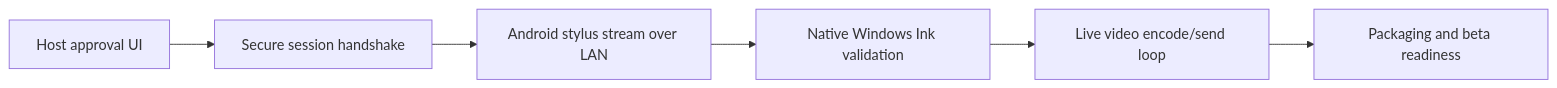
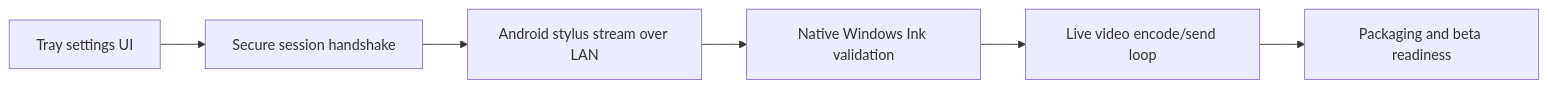
One commit to lingmulongtai/GlyphRay changed the fifth of 5 diagrams in README.ja.md. Above: the diagram before and after it, drawn with Mermaid. The commit also changed other lines of this file and 10 other files, not shown here.

````diff
--- a/README.ja.md
+++ b/README.ja.md
@@ -286,8 +294,8 @@
 ```mermaid
 flowchart LR
-  A["Host approval UI"] --> B["Secure session handshake"]
+  A["Tray settings UI"] --> B["Secure session handshake"]
   B --> C["Android stylus stream over LAN"]
   C --> D["Native Windows Ink validation"]
   D --> E["Live video encode/send loop"]
   E --> F["Packaging and beta readiness"]
 ```
````
